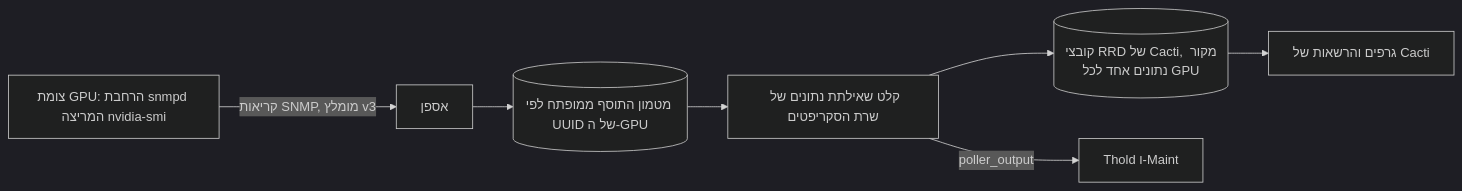
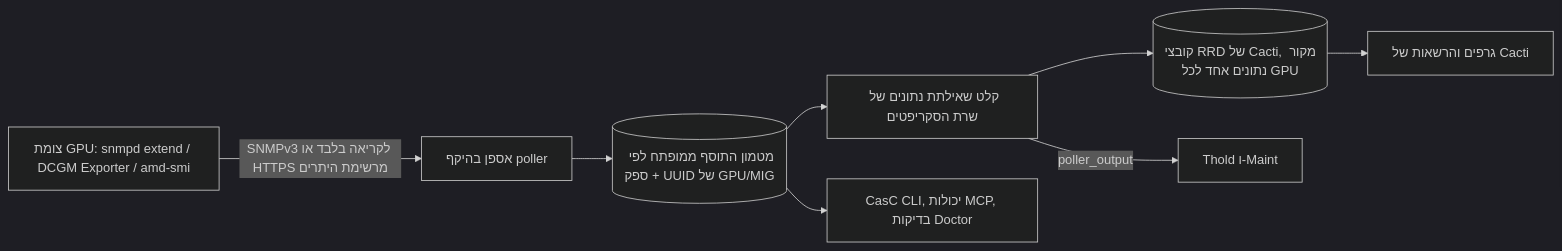
The diagram in docs/i18n/he-IL/README.md (somethingwithproof/plugin_gpu), drawn with Mermaid (dark theme) before and after one commit. The commit also changed other lines of this file and 47 other files, not shown here.

````diff
--- a/docs/i18n/he-IL/README.md
+++ b/docs/i18n/he-IL/README.md
@@ -114,9 +114,10 @@
 ```mermaid
 flowchart LR
-    NODE["צומת GPU: הרחבת snmpd המריצה nvidia-smi"] -->|קריאות SNMP, מומלץ v3| C["אספן"]
-    C --> CACHE[("מטמון התוסף ממופתח לפי UUID של ה-GPU")]
+    NODE["צומת GPU: snmpd extend / DCGM Exporter / amd-smi"] -->|"SNMPv3 לקריאה בלבד או HTTPS מרשימת היתרים"| C["אספן בהיקף poller"]
+    C --> CACHE[("מטמון התוסף ממופתח לפי ספק + UUID של GPU/MIG")]
     CACHE --> SS["קלט שאילתת נתונים של שרת הסקריפטים"]
+    CACHE --> ECO["CasC CLI, יכולות MCP, בדיקות Doctor"]
     SS --> RRD[("קובצי RRD של Cacti, מקור נתונים אחד לכל GPU")]
     SS -->|poller_output| T["Thold ו-Maint"]
     RRD --> G["גרפים והרשאות של Cacti"]
 ```
````
